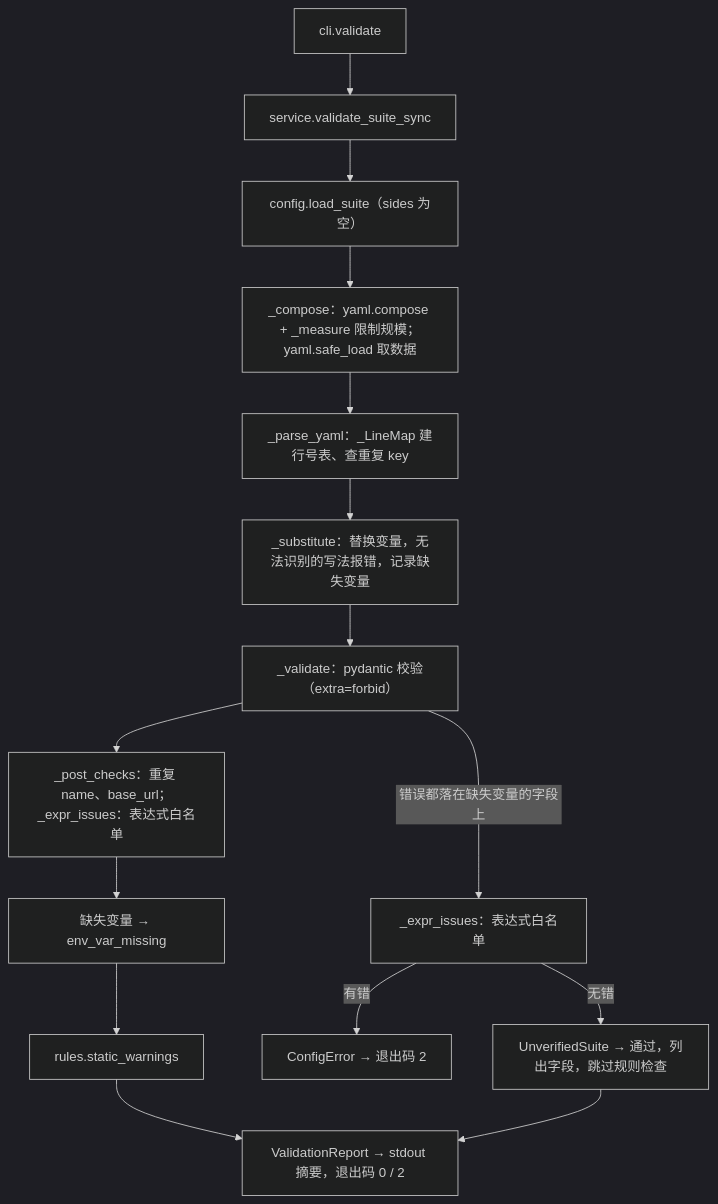
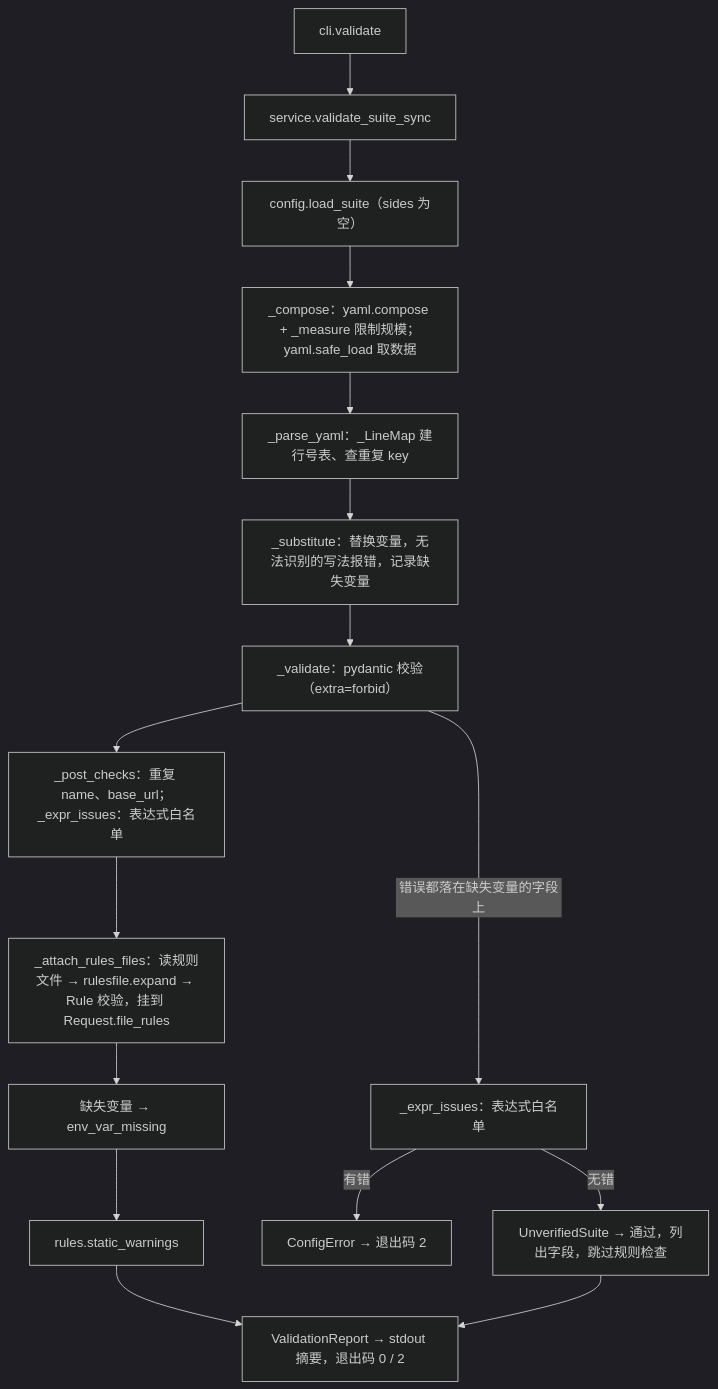
The second of 5 diagrams in doc/dev/architecture.md (caiuswang/api-regress), drawn with Mermaid (dark theme) before and after one commit. The commit also changed other lines of this file and 21 other files, not shown here.

````diff
--- a/doc/dev/architecture.md
+++ b/doc/dev/architecture.md
@@ -105,17 +106,18 @@
 ```mermaid
 flowchart TD
   A[cli.validate] --> B[service.validate_suite_sync]
   B --> C["config.load_suite（sides 为空）"]
   C --> C0["_compose：yaml.compose + _measure 限制规模；yaml.safe_load 取数据"]
   C0 --> C1["_parse_yaml：_LineMap 建行号表、查重复 key"]
   C1 --> C2["_substitute：替换变量，无法识别的写法报错，记录缺失变量"]
   C2 --> C3["_validate：pydantic 校验（extra=forbid）"]
   C3 -->|错误都落在缺失变量的字段上| X["_expr_issues：表达式白名单"]
   X -->|无错| U["UnverifiedSuite → 通过，列出字段，跳过规则检查"]
   X -->|有错| ERR["ConfigError → 退出码 2"]
   C3 --> C4["_post_checks：重复 name、base_url；_expr_issues：表达式白名单"]
-  C4 --> D["缺失变量 → env_var_missing"]
+  C4 --> C5["_attach_rules_files：读规则文件 → rulesfile.expand → Rule 校验，挂到 Request.file_rules"]
+  C5 --> D["缺失变量 → env_var_missing"]
   D --> E["rules.static_warnings"]
   E --> F["ValidationReport → stdout 摘要，退出码 0 / 2"]
   U --> F
 ```
````
